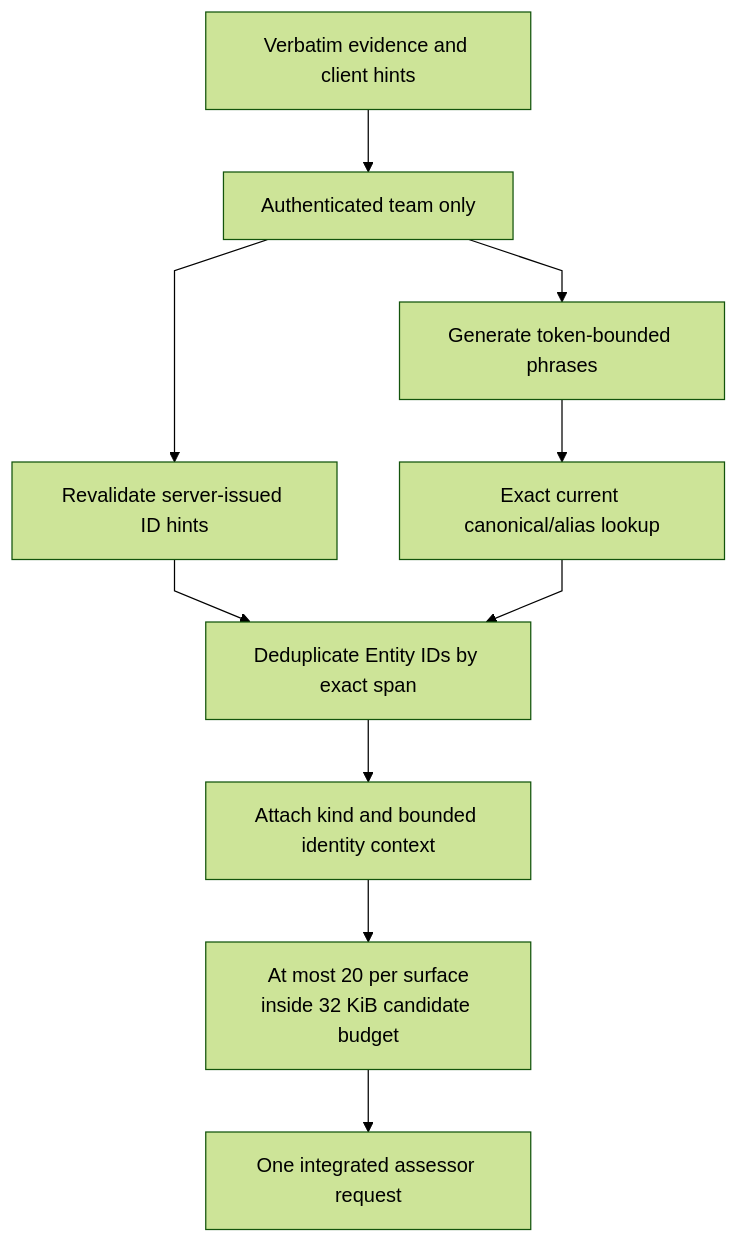
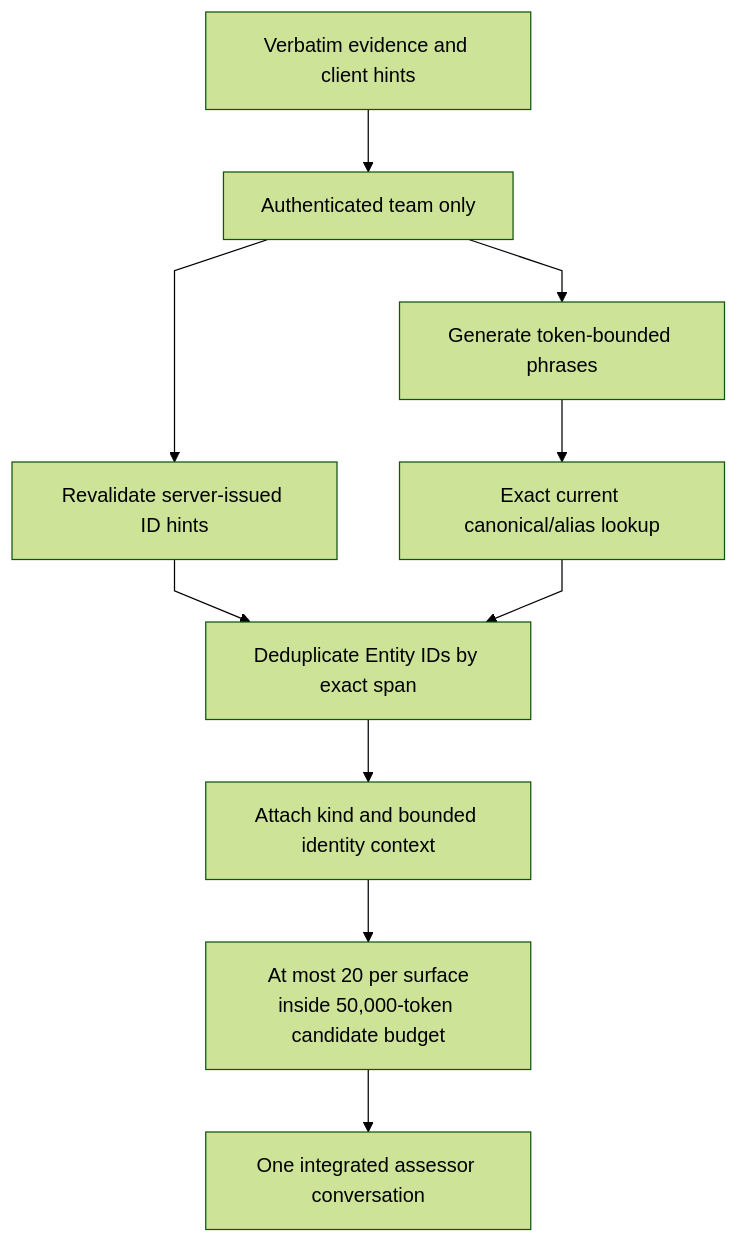
The fifth of 7 diagrams in Entity-Identity-And-Resolution.md (markhuangai/dense-mem), drawn with Mermaid (forest theme) before and after one commit. The commit also changed other lines of this file and 18 other files, not shown here.

````diff
--- a/Entity-Identity-And-Resolution.md
+++ b/Entity-Identity-And-Resolution.md
@@ -233,13 +233,13 @@
 ```mermaid
 %%{init: {"flowchart": {"curve": "linear"}}}%%
 flowchart TD
   Evidence["Verbatim evidence and client hints"] --> Scope["Authenticated team only"]
   Scope --> Hint["Revalidate server-issued ID hints"]
   Scope --> Phrases["Generate token-bounded phrases"]
   Phrases --> Name["Exact current canonical/alias lookup"]
   Hint --> Union["Deduplicate Entity IDs by exact span"]
   Name --> Union
   Union --> Context["Attach kind and bounded identity context"]
-  Context --> Limit["At most 20 per surface<br/>inside 32 KiB candidate budget"]
-  Limit --> Assess["One integrated assessor request"]
+  Context --> Limit["At most 20 per surface<br/>inside 50,000-token candidate budget"]
+  Limit --> Assess["One integrated assessor conversation"]
 ```
````
